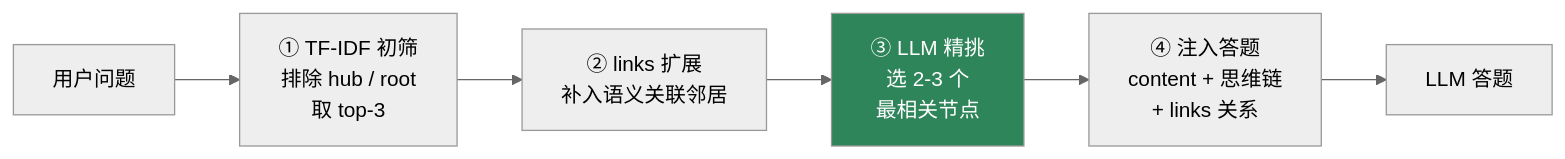
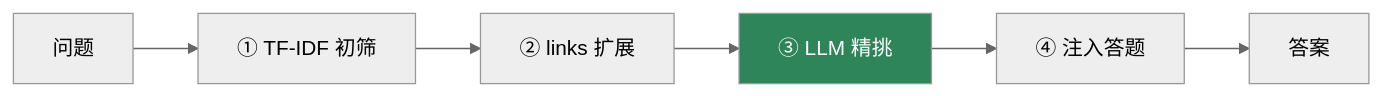
One commit to Baixiaodou/comm-knowledge-graph changed the third of 3 diagrams in README.md. Above: the diagram before and after it, drawn with Mermaid (neutral theme). The commit also changed other lines of this file, not shown here.

Commit message:
README 美化：标题加 Communication + 徽章精简 + mermaid 标签缩短 + 引用块改 GitHub Alerts

````diff
--- a/README.md
+++ b/README.md
@@ -268,9 +267,9 @@
 ```mermaid
 flowchart LR
-    Q[用户问题] --> A["① TF-IDF 初筛<br/>排除 hub / root<br/>取 top-3"]
-    A --> B["② links 扩展<br/>补入语义关联邻居"]
-    B --> C["③ LLM 精挑<br/>选 2-3 个<br/>最相关节点"]
-    C --> D["④ 注入答题<br/>content + 思维链<br/>+ links 关系"]
-    D --> E[LLM 答题]
+    Q[问题] --> A["① TF-IDF 初筛"]
+    A --> B["② links 扩展"]
+    B --> C["③ LLM 精挑"]
+    C --> D["④ 注入答题"]
+    D --> E[答案]
     style C fill:#2f855a,color:#fff
 ```
````
